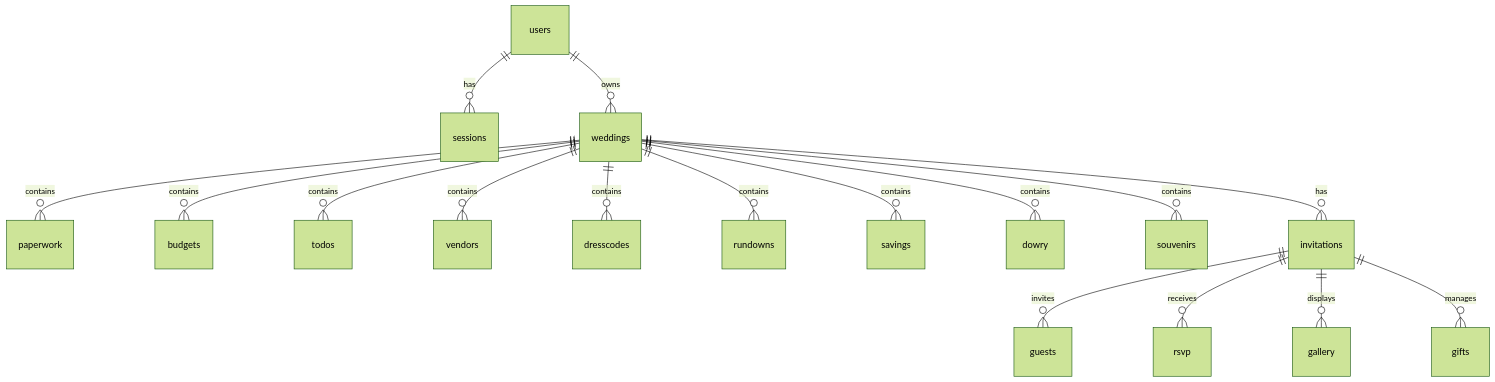
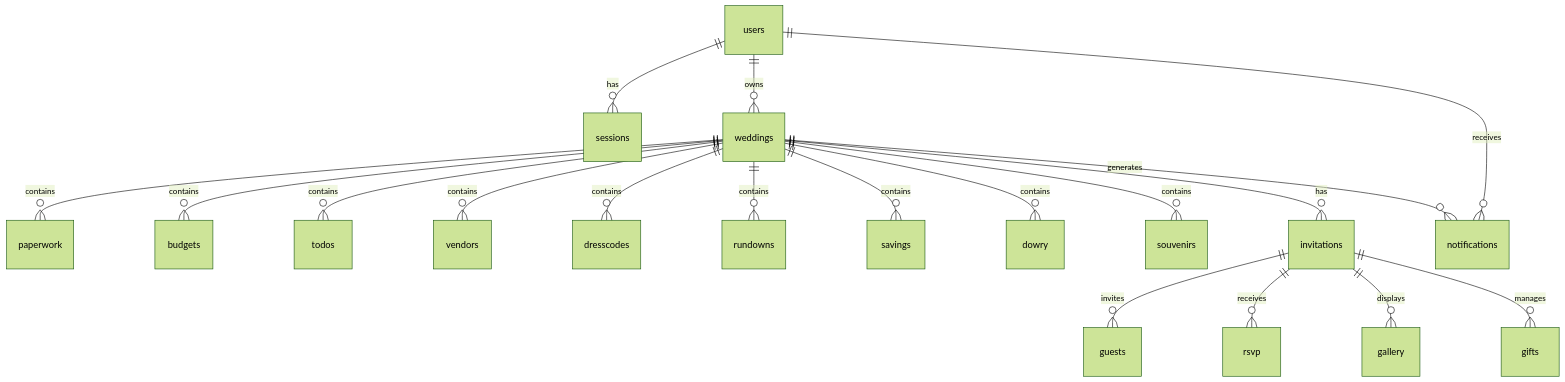
Before and after one commit to sepagian/vowsmarry: the second of 2 diagrams in .kiro/specs/wedding-planner-dashboard/design.md, drawn with Mermaid (forest theme). The commit also changed other lines of this file, not shown here.

````diff
--- a/.kiro/specs/wedding-planner-dashboard/design.md
+++ b/.kiro/specs/wedding-planner-dashboard/design.md
@@ -69,19 +90,21 @@
 ```mermaid
 erDiagram
     users ||--o{ sessions : has
     users ||--o{ weddings : owns
     weddings ||--o{ paperwork : contains
     weddings ||--o{ budgets : contains
     weddings ||--o{ todos : contains
     weddings ||--o{ vendors : contains
     weddings ||--o{ dresscodes : contains
     weddings ||--o{ rundowns : contains
     weddings ||--o{ savings : contains
     weddings ||--o{ dowry : contains
     weddings ||--o{ souvenirs : contains
     weddings ||--o{ invitations : has
     invitations ||--o{ guests : invites
     invitations ||--o{ rsvp : receives
     invitations ||--o{ gallery : displays
     invitations ||--o{ gifts : manages
+    weddings ||--o{ notifications : generates
+    users ||--o{ notifications : receives
 ```
````
